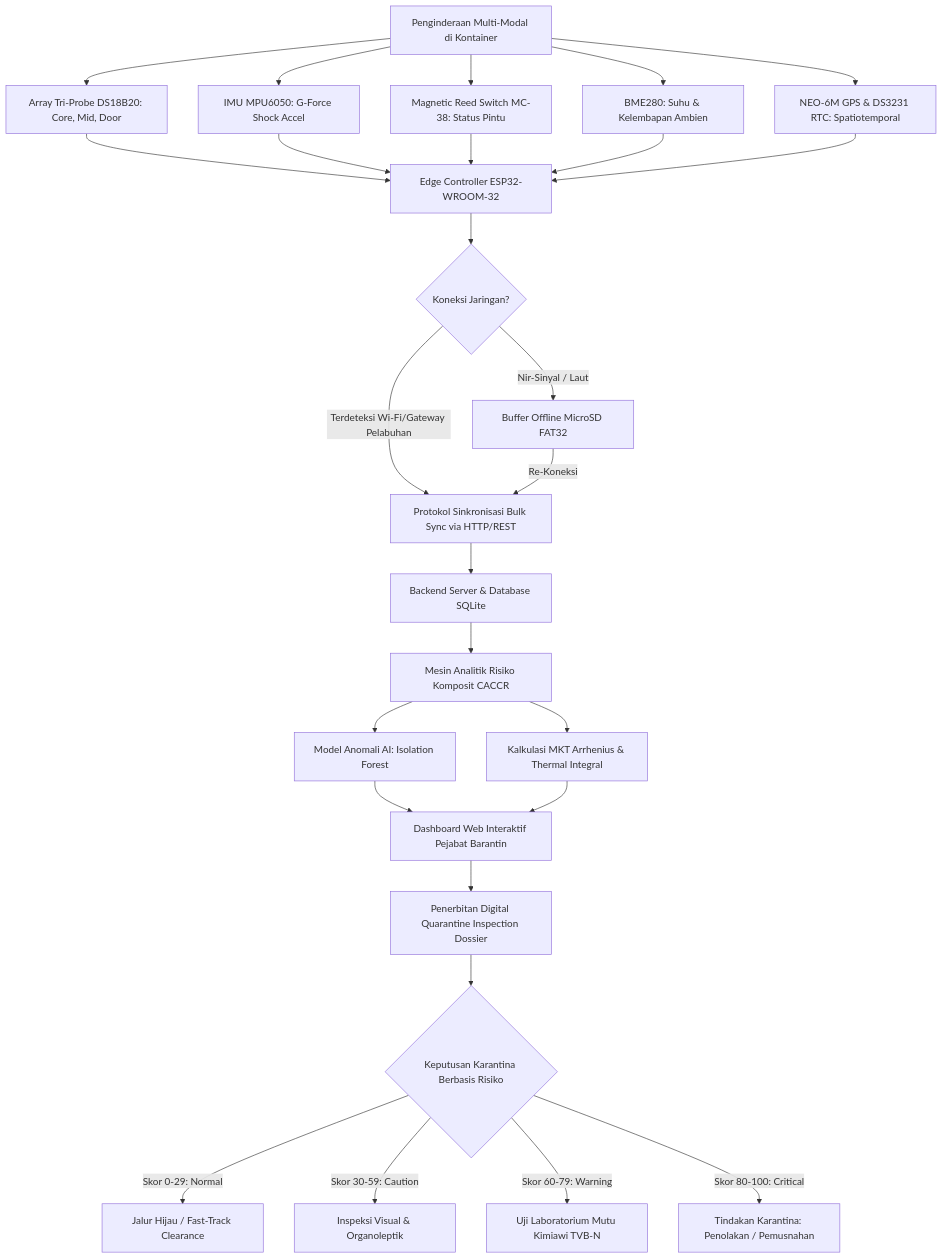
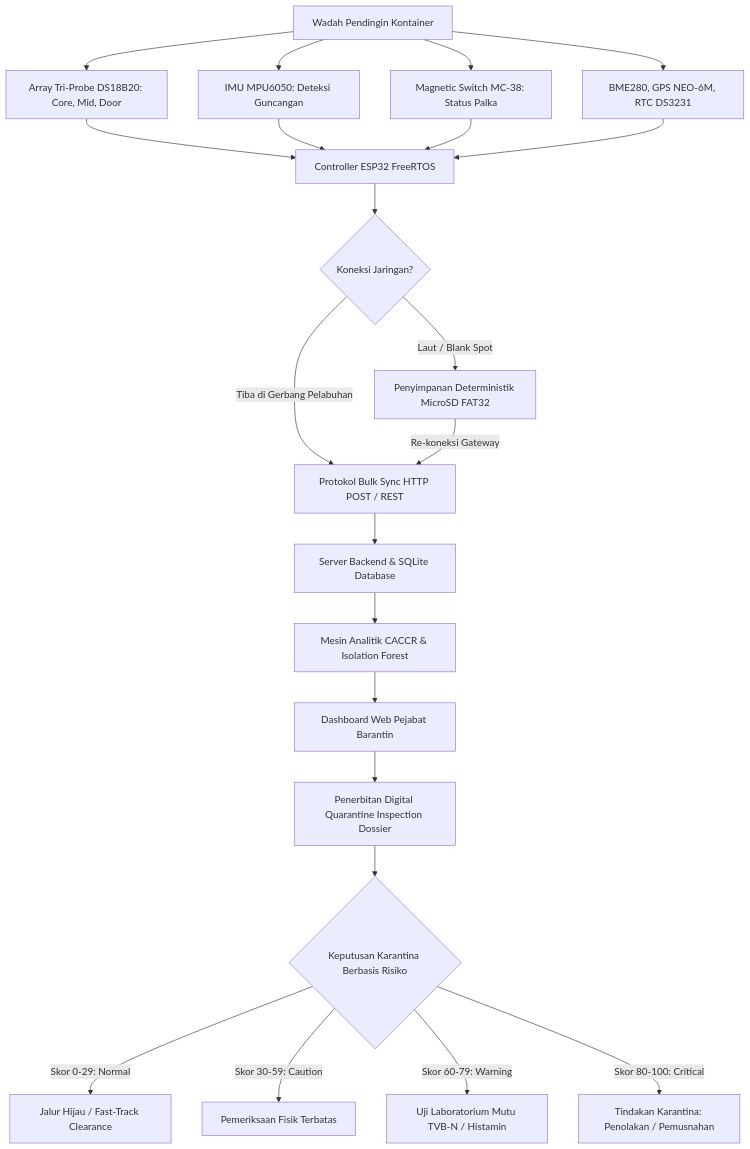
Before and after one commit to faridSrydi/q-guard: the diagram in FULLPAPER_QIC_2026_QGUARD.md, drawn with Mermaid. The commit also changed other lines of this file and 42 other files, not shown here.

Commit message:
feat: revamp UI/UX, mobile responsiveness, sticky headers, and align Tri-Probe definitions with QIC 2026 paper

````diff
--- a/FULLPAPER_QIC_2026_QGUARD.md
+++ b/FULLPAPER_QIC_2026_QGUARD.md
@@ -139,27 +79,23 @@
 ```mermaid
 graph TD
-    A[Penginderaan Multi-Modal di Kontainer] --> B[Array Tri-Probe DS18B20: Core, Mid, Door]
-    A --> C[IMU MPU6050: G-Force Shock Accel]
-    A --> D[Magnetic Reed Switch MC-38: Status Pintu]
-    A --> E[BME280: Suhu & Kelembapan Ambien]
-    A --> F[NEO-6M GPS & DS3231 RTC: Spatiotemporal]
+    A[Wadah Pendingin Kontainer] --> B[Array Tri-Probe DS18B20: Core, Mid, Door]
+    A --> C[IMU MPU6050: Deteksi Guncangan]
+    A --> D[Magnetic Switch MC-38: Status Palka]
+    A --> E[BME280, GPS NEO-6M, RTC DS3231]
     
-    B & C & D & E & F --> G[Edge Controller ESP32-WROOM-32]
-    G --> H{Koneksi Jaringan?}
-    H -->|Nir-Sinyal / Laut| I[Buffer Offline MicroSD FAT32]
-    H -->|Terdeteksi Wi-Fi/Gateway Pelabuhan| J[Protokol Sinkronisasi Bulk Sync via HTTP/REST]
-    I -->|Re-Koneksi| J
+    B & C & D & E --> F[Controller ESP32 FreeRTOS]
+    F --> G{Koneksi Jaringan?}
+    G -->|Laut / Blank Spot| H[Penyimpanan Deterministik MicroSD FAT32]
+    G -->|Tiba di Gerbang Pelabuhan| I[Protokol Bulk Sync HTTP POST / REST]
+    H -->|Re-koneksi Gateway| I
     
-    J --> K[Backend Server & Database SQLite]
-    K --> L[Mesin Analitik Risiko Komposit CACCR]
-    L --> M[Model Anomali AI: Isolation Forest]
-    L --> N[Kalkulasi MKT Arrhenius & Thermal Integral]
-    
-    M & N --> O[Dashboard Web Interaktif Pejabat Barantin]
-    O --> P[Penerbitan Digital Quarantine Inspection Dossier]
-    P --> Q{Keputusan Karantina Berbasis Risiko}
-    Q -->|Skor 0-29: Normal| R[Jalur Hijau / Fast-Track Clearance]
-    Q -->|Skor 30-59: Caution| S[Inspeksi Visual & Organoleptik]
-    Q -->|Skor 60-79: Warning| T[Uji Laboratorium Mutu Kimiawi TVB-N]
-    Q -->|Skor 80-100: Critical| U[Tindakan Karantina: Penolakan / Pemusnahan]
+    I --> J[Server Backend & SQLite Database]
+    J --> K[Mesin Analitik CACCR & Isolation Forest]
+    K --> L[Dashboard Web Pejabat Barantin]
+    L --> M[Penerbitan Digital Quarantine Inspection Dossier]
+    M --> N{Keputusan Karantina Berbasis Risiko}
+    N -->|Skor 0-29: Normal| O[Jalur Hijau / Fast-Track Clearance]
+    N -->|Skor 30-59: Caution| P[Pemeriksaan Fisik Terbatas]
+    N -->|Skor 60-79: Warning| Q[Uji Laboratorium Mutu TVB-N / Histamin]
+    N -->|Skor 80-100: Critical| R[Tindakan Karantina: Penolakan / Pemusnahan]
 ```
````
